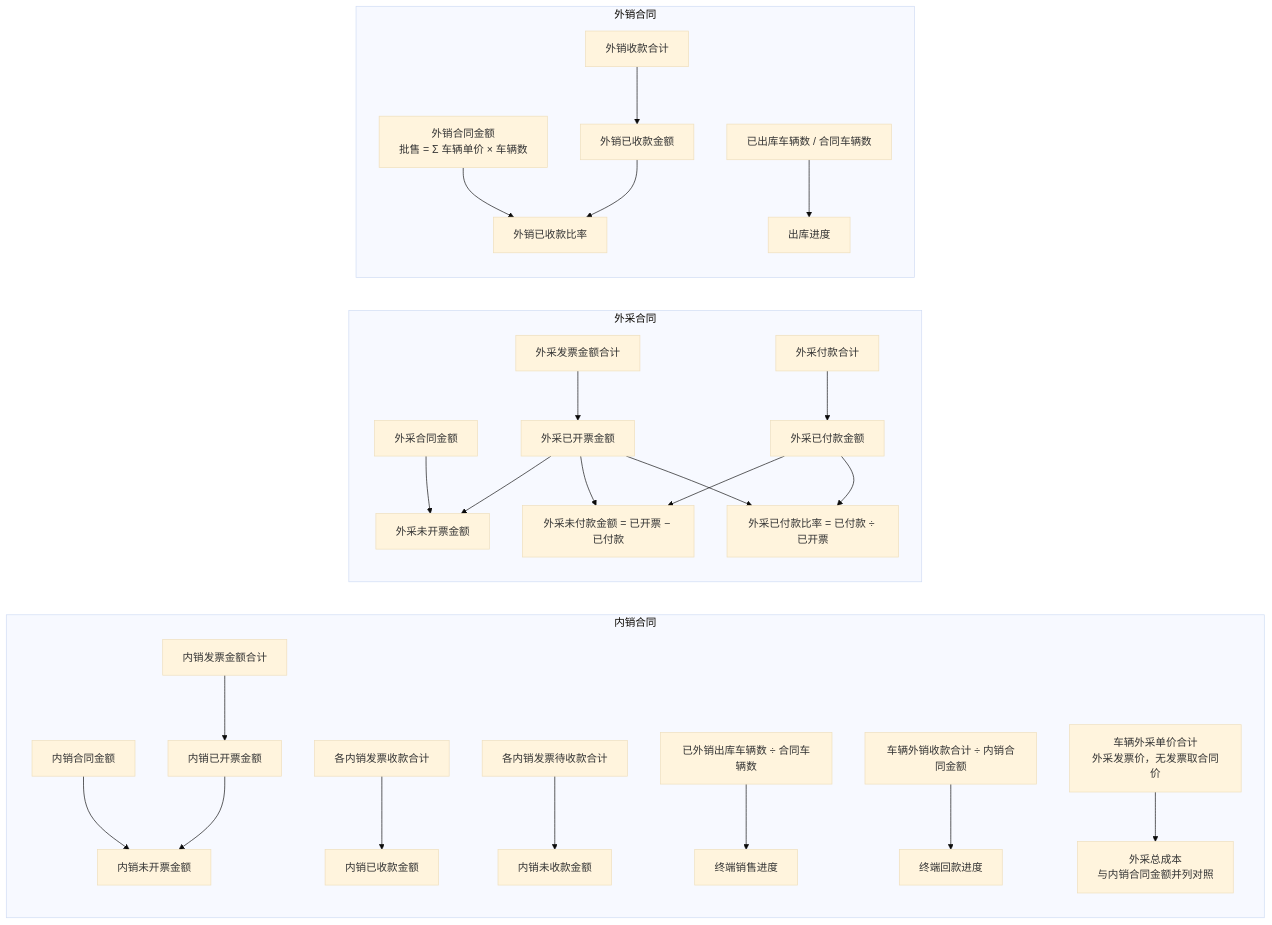
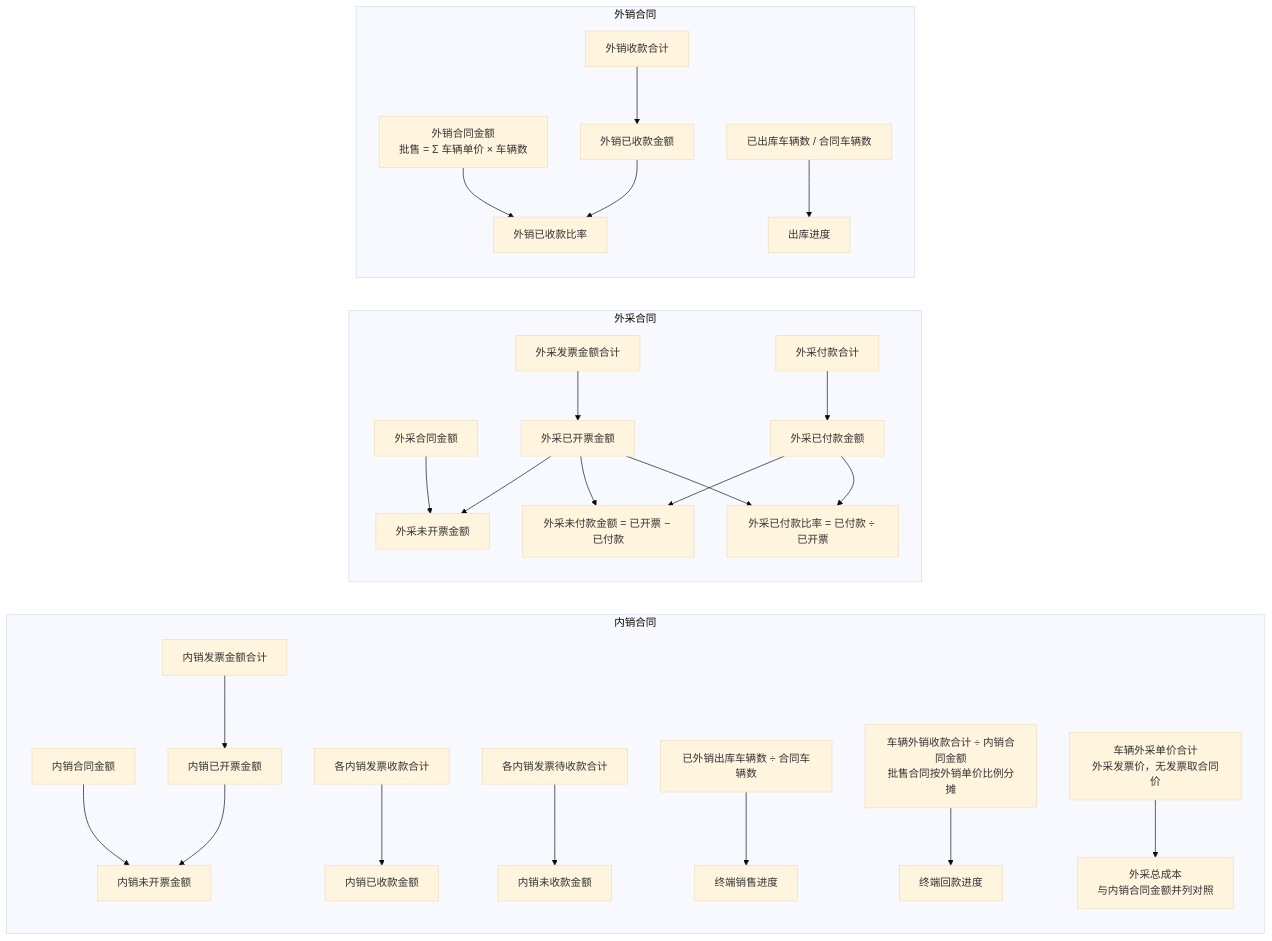
The third of 3 diagrams in asset-trust-platform/PRD/运营端/M4-合同信息/02-合同信息-流程图与状态机.md (wxblockchain/Chain-Financing), drawn with Mermaid (base theme) before and after one commit. The commit also changed other lines of this file and 3 other files, not shown here.

````diff
--- a/asset-trust-platform/PRD/运营端/M4-合同信息/02-合同信息-流程图与状态机.md
+++ b/asset-trust-platform/PRD/运营端/M4-合同信息/02-合同信息-流程图与状态机.md
@@ -68,29 +70,29 @@
 ```mermaid
 flowchart LR
     subgraph 内销合同
       DCA[内销合同金额] --> DUI[内销未开票金额]
       DINV[内销发票金额合计] --> DII[内销已开票金额]
       DII --> DUI
       DREC[各内销发票收款合计] --> DRC[内销已收款金额]
       DPEND[各内销发票待收款合计] --> DUR[内销未收款金额]
       DOUT[已外销出库车辆数 ÷ 合同车辆数] --> DSP[终端销售进度]
-      DEXR[车辆外销收款合计 ÷ 内销合同金额] --> DRP[终端回款进度]
+      DEXR[车辆外销收款合计 ÷ 内销合同金额<br/>批售合同按外销单价比例分摊] --> DRP[终端回款进度]
       DCOST[车辆外采单价合计<br/>外采发票价，无发票取合同价] --> DTC[外采总成本<br/>与内销合同金额并列对照]
     end
     subgraph 外采合同
       POA[外采合同金额] --> PUI[外采未开票金额]
       PINV[外采发票金额合计] --> PII[外采已开票金额]
       PII --> PUI
       PPAY[外采付款合计] --> PPD[外采已付款金额]
       PII --> PUP[外采未付款金额 = 已开票 − 已付款]
       PPD --> PUP
       PPD --> PRT[外采已付款比率 = 已付款 ÷ 已开票]
       PII --> PRT
     end
     subgraph 外销合同
       ECA[外销合同金额<br/>批售 = Σ 车辆单价 × 车辆数] --> ERT[外销已收款比率]
       EREC[外销收款合计] --> ERA[外销已收款金额]
       ERA --> ERT
       EOUT[已出库车辆数 / 合同车辆数] --> EOP[出库进度]
     end
 ```
````
